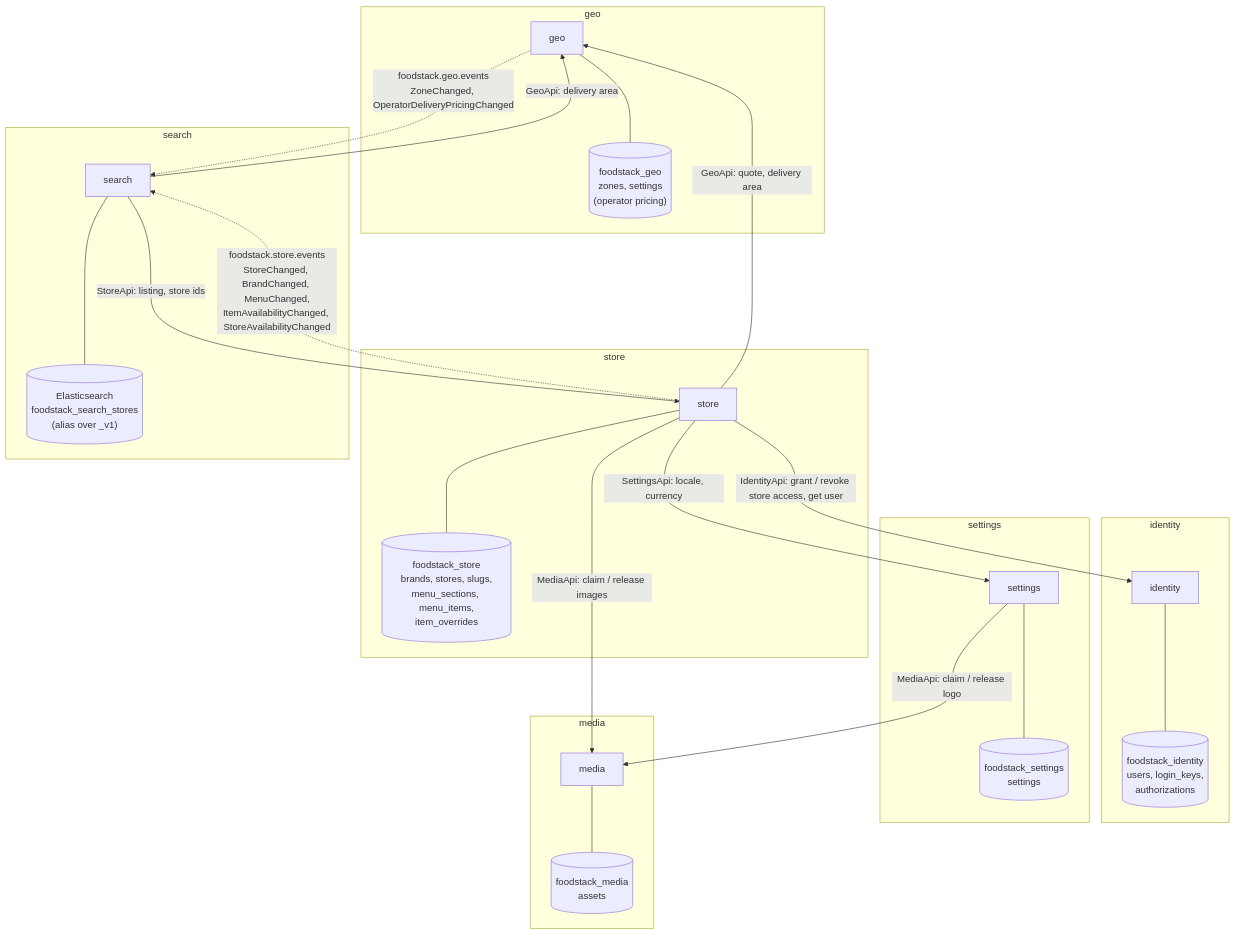
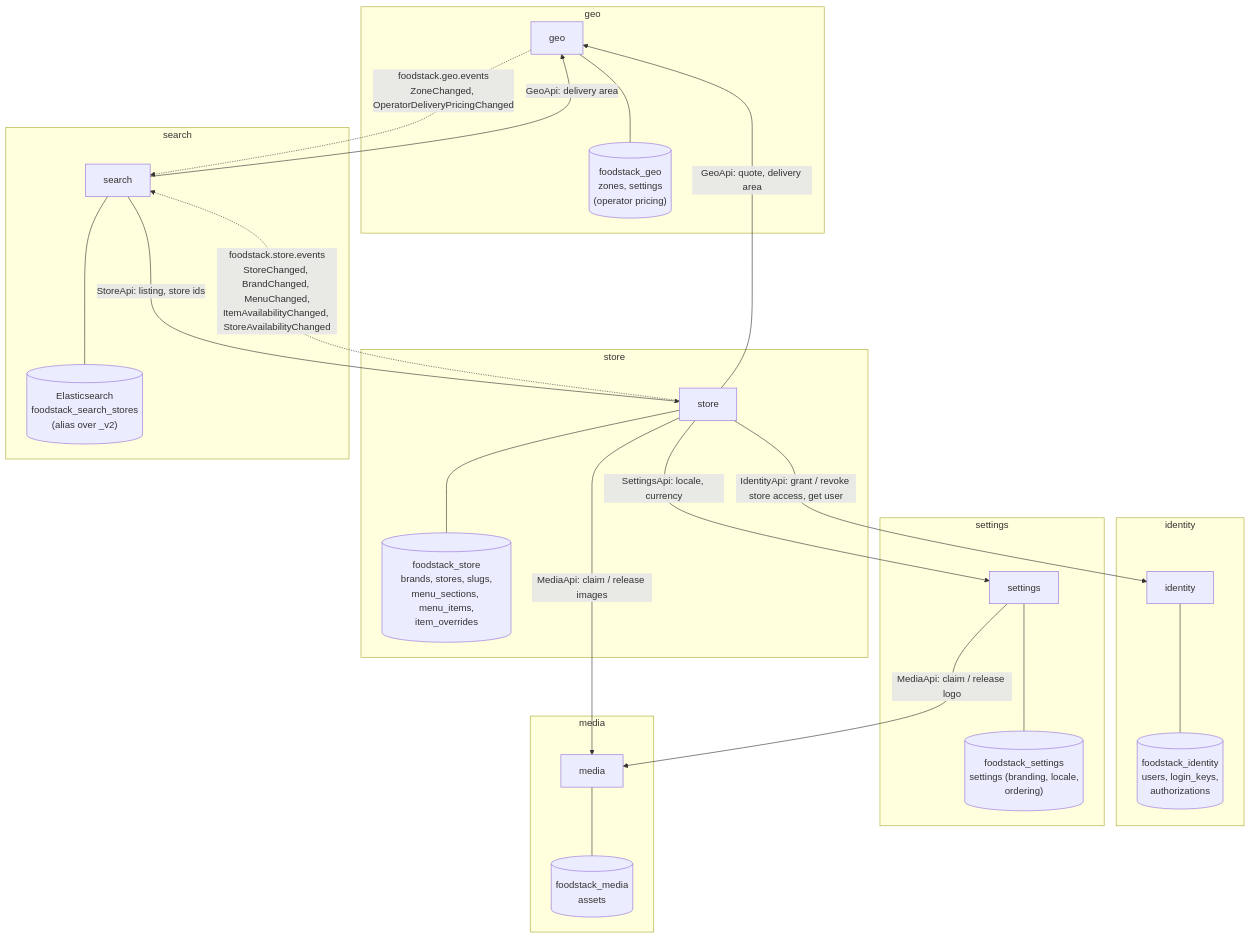
Before and after one commit to ilyaslabs/foodstack: the second of 4 diagrams in docs/architecture/01-big-picture.md, drawn with Mermaid. The commit also changed other lines of this file and 9 other files, not shown here.

First line of the commit message:
Document M2: ordering flows, code vs design, email and payment settings

````diff
--- a/docs/architecture/01-big-picture.md
+++ b/docs/architecture/01-big-picture.md
@@ -55,45 +55,45 @@
 ```mermaid
 flowchart TB
     subgraph identity
         ID[identity]
         IDdb[("foodstack_identity<br/>users, login_keys,<br/>authorizations")]
     end
     subgraph settings
         SE[settings]
-        SEdb[("foodstack_settings<br/>settings")]
+        SEdb[("foodstack_settings<br/>settings (branding, locale,<br/>ordering)")]
     end
     subgraph media
         ME[media]
         MEdb[("foodstack_media<br/>assets")]
     end
     subgraph geo
         GE[geo]
         GEdb[("foodstack_geo<br/>zones, settings<br/>(operator pricing)")]
     end
     subgraph store
         ST[store]
         STdb[("foodstack_store<br/>brands, stores, slugs,<br/>menu_sections, menu_items,<br/>item_overrides")]
     end
     subgraph search
         SR[search]
-        ES[("Elasticsearch<br/>foodstack_search_stores<br/>(alias over _v1)")]
+        ES[("Elasticsearch<br/>foodstack_search_stores<br/>(alias over _v2)")]
     end
 
     ID --- IDdb
     SE --- SEdb
     ME --- MEdb
     GE --- GEdb
     ST --- STdb
     SR --- ES
 
     SE -->|"MediaApi: claim / release logo"| ME
     ST -->|"SettingsApi: locale, currency"| SE
     ST -->|"MediaApi: claim / release images"| ME
     ST -->|"IdentityApi: grant / revoke store access, get user"| ID
     ST -->|"GeoApi: quote, delivery area"| GE
     SR -->|"StoreApi: listing, store ids"| ST
     SR -->|"GeoApi: delivery area"| GE
 
     ST -. "foodstack.store.events<br/>StoreChanged, BrandChanged, MenuChanged,<br/>ItemAvailabilityChanged, StoreAvailabilityChanged" .-> SR
     GE -. "foodstack.geo.events<br/>ZoneChanged, OperatorDeliveryPricingChanged" .-> SR
 ```
````
